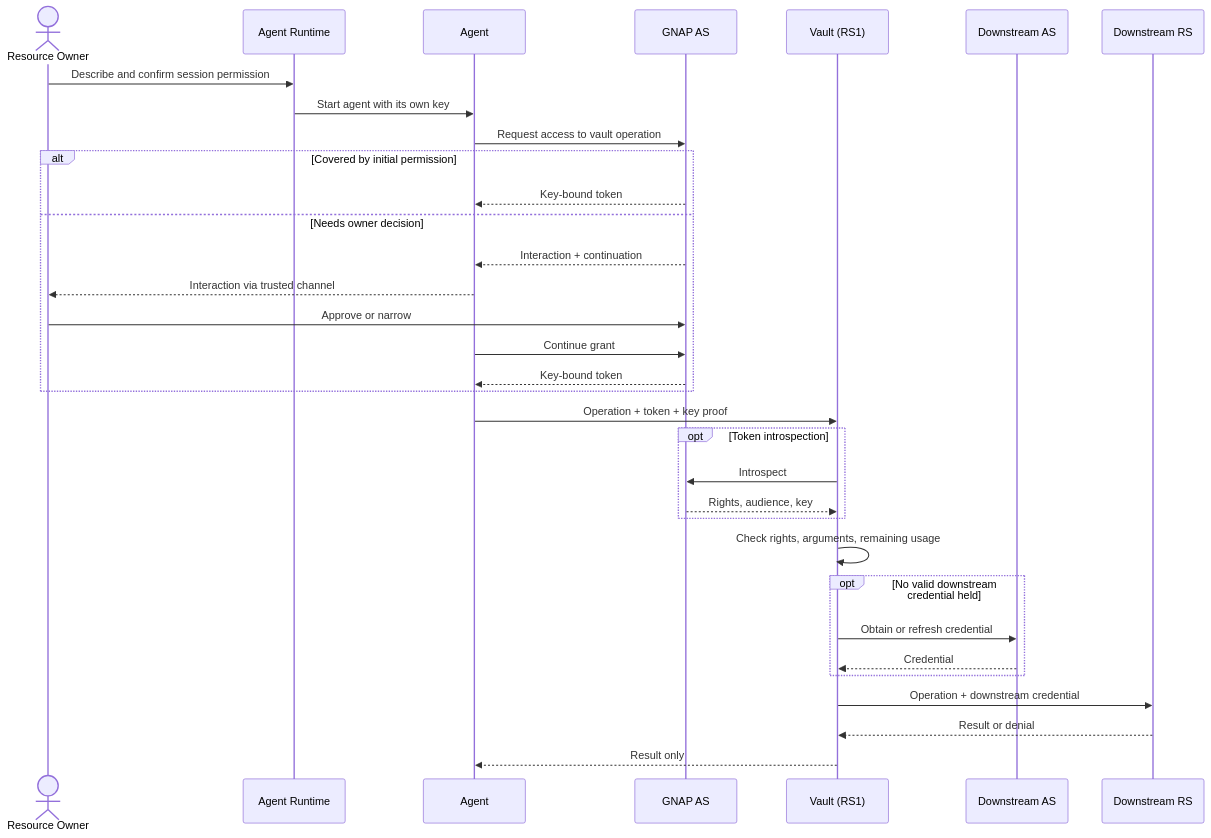
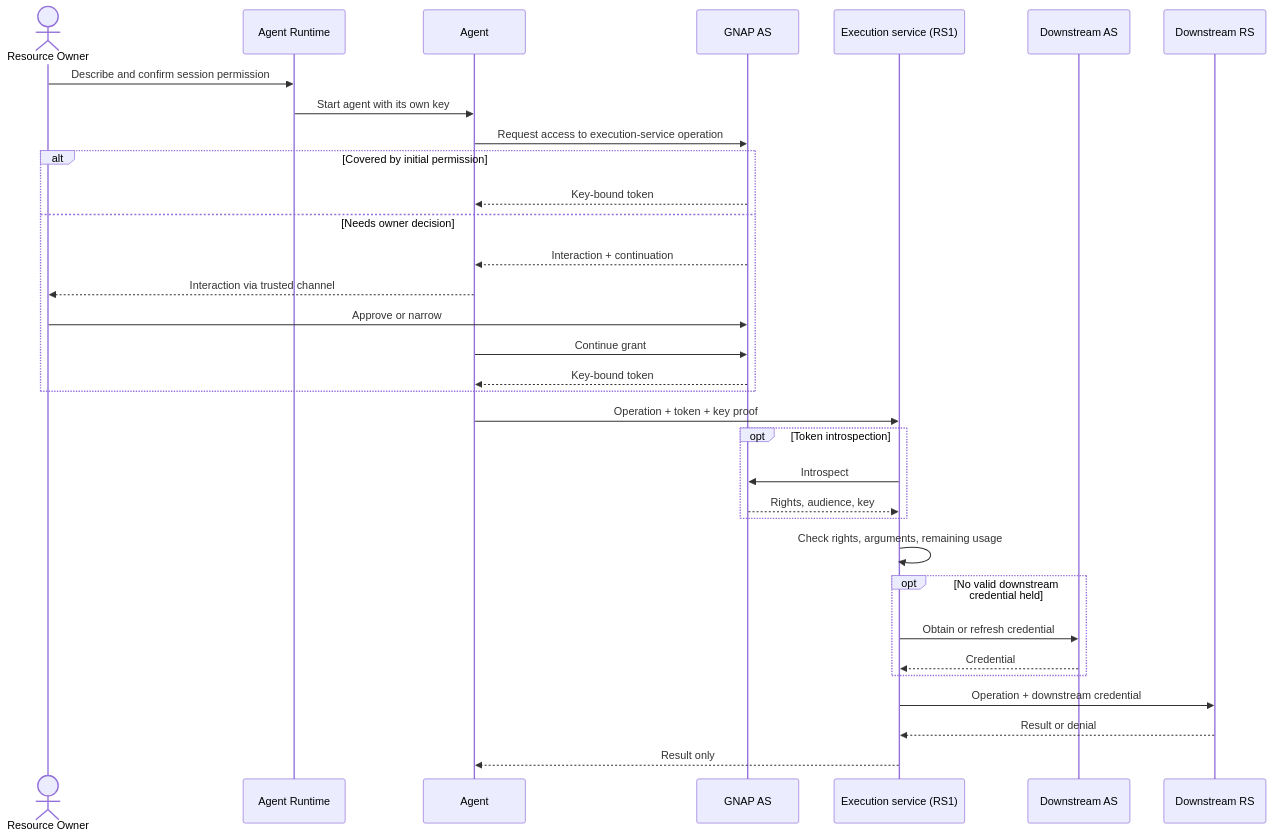
The diagram in docs/operation-flow.md (DaevMithran/agnap), drawn with Mermaid before and after one commit. The commit also changed other lines of this file and 3 other files, not shown here.

````diff
--- a/docs/operation-flow.md
+++ b/docs/operation-flow.md
@@ -7,39 +8,39 @@
 ```mermaid
 sequenceDiagram
     actor RO as Resource Owner
     participant R as Agent Runtime
     participant C as Agent
     participant AS1 as GNAP AS
-    participant V as Vault (RS1)
+    participant E as Execution service (RS1)
     participant AS2 as Downstream AS
     participant RS2 as Downstream RS
 
     RO->>R: Describe and confirm session permission
     R->>C: Start agent with its own key
 
-    C->>AS1: Request access to vault operation
+    C->>AS1: Request access to execution-service operation
     alt Covered by initial permission
         AS1-->>C: Key-bound token
     else Needs owner decision
         AS1-->>C: Interaction + continuation
         C-->>RO: Interaction via trusted channel
         RO->>AS1: Approve or narrow
         C->>AS1: Continue grant
         AS1-->>C: Key-bound token
     end
 
-    C->>V: Operation + token + key proof
+    C->>E: Operation + token + key proof
     opt Token introspection
-        V->>AS1: Introspect
-        AS1-->>V: Rights, audience, key
+        E->>AS1: Introspect
+        AS1-->>E: Rights, audience, key
     end
-    V->>V: Check rights, arguments, remaining usage
+    E->>E: Check rights, arguments, remaining usage
 
     opt No valid downstream credential held
-        V->>AS2: Obtain or refresh credential
-        AS2-->>V: Credential
+        E->>AS2: Obtain or refresh credential
+        AS2-->>E: Credential
     end
-    V->>RS2: Operation + downstream credential
-    RS2-->>V: Result or denial
-    V-->>C: Result only
+    E->>RS2: Operation + downstream credential
+    RS2-->>E: Result or denial
+    E-->>C: Result only
 ```
````
